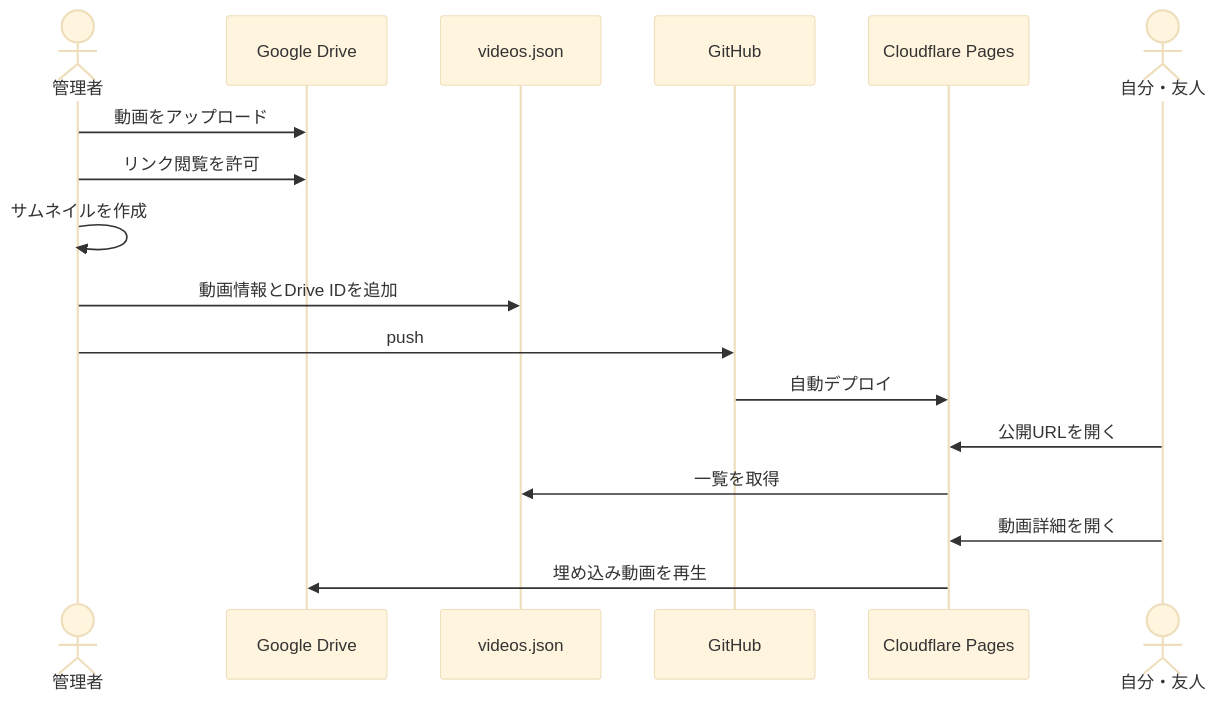
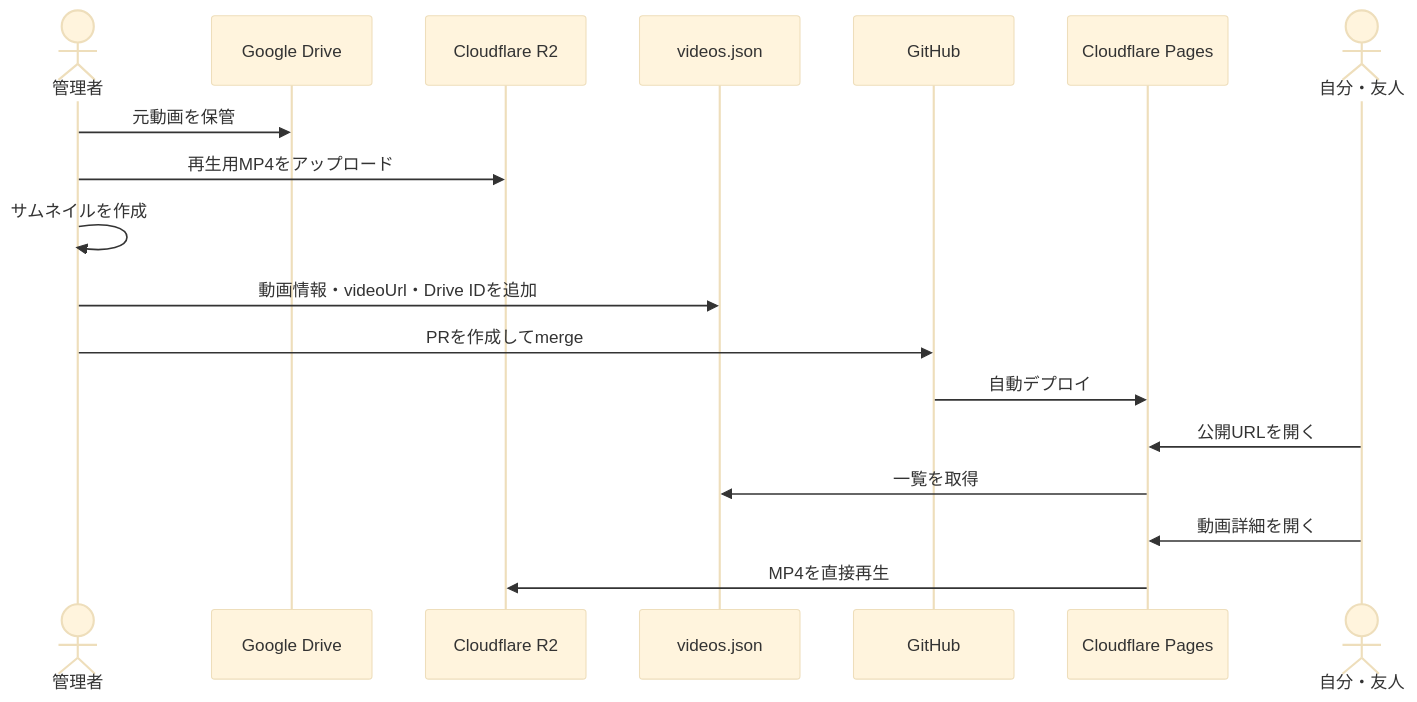
Before and after one commit to Saoki11111/video-shelf: the second of 2 diagrams in docs/design.md, drawn with Mermaid (base theme). The commit also changed other lines of this file and 8 other files, not shown here.

````diff
--- a/docs/design.md
+++ b/docs/design.md
@@ -118,20 +124,21 @@
 ```mermaid
 sequenceDiagram
     actor Owner as 管理者
     participant Drive as Google Drive
+    participant R2 as Cloudflare R2
     participant JSON as videos.json
     participant GitHub as GitHub
     participant Pages as Cloudflare Pages
     actor Viewer as 自分・友人
 
-    Owner->>Drive: 動画をアップロード
-    Owner->>Drive: リンク閲覧を許可
+    Owner->>Drive: 元動画を保管
+    Owner->>R2: 再生用MP4をアップロード
     Owner->>Owner: サムネイルを作成
-    Owner->>JSON: 動画情報とDrive IDを追加
-    Owner->>GitHub: push
+    Owner->>JSON: 動画情報・videoUrl・Drive IDを追加
+    Owner->>GitHub: PRを作成してmerge
     GitHub->>Pages: 自動デプロイ
     Viewer->>Pages: 公開URLを開く
     Pages->>JSON: 一覧を取得
     Viewer->>Pages: 動画詳細を開く
-    Pages->>Drive: 埋め込み動画を再生
+    Pages->>R2: MP4を直接再生
 ```
````
